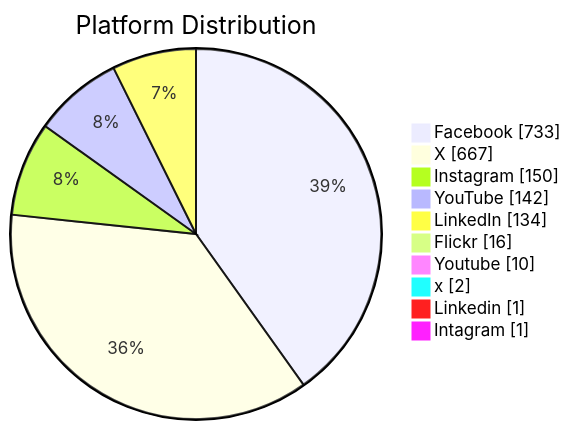
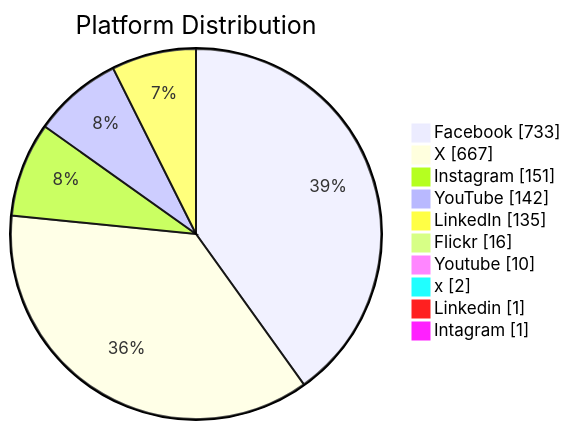
Before and after one commit to PatLittle/GC-Socials: the second of 6 diagrams in README.md, drawn with Mermaid. The commit also changed other lines of this file, not shown here.

Commit message:
Update README with Platform Distribution pie chart

````diff
--- a/README.md
+++ b/README.md
@@ -67,13 +65,13 @@
 ```mermaid
 pie showData title Platform Distribution
     "Facebook": 733
     "X": 667
-    "Instagram": 150
+    "Instagram": 151
     "YouTube": 142
-    "LinkedIn": 134
+    "LinkedIn": 135
     "Flickr": 16
     "Youtube": 10
     "x": 2
     "Linkedin": 1
     "Intagram": 1
 ```
````
